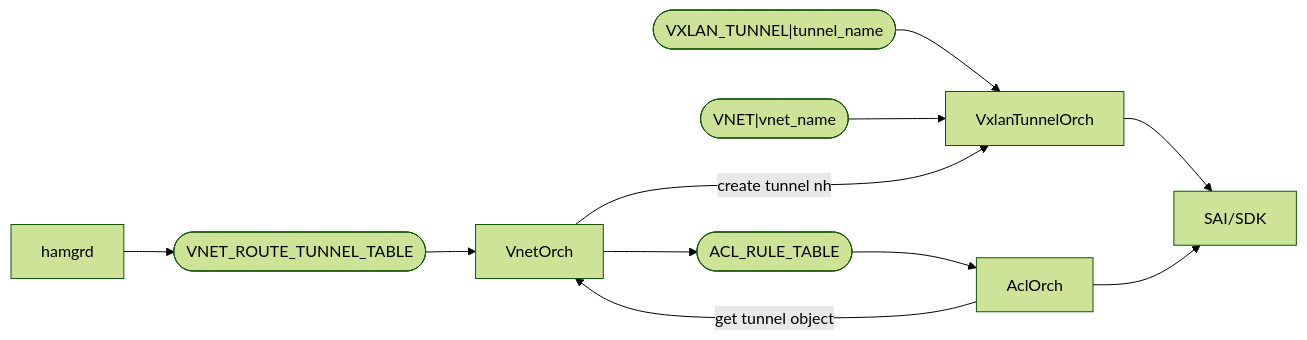
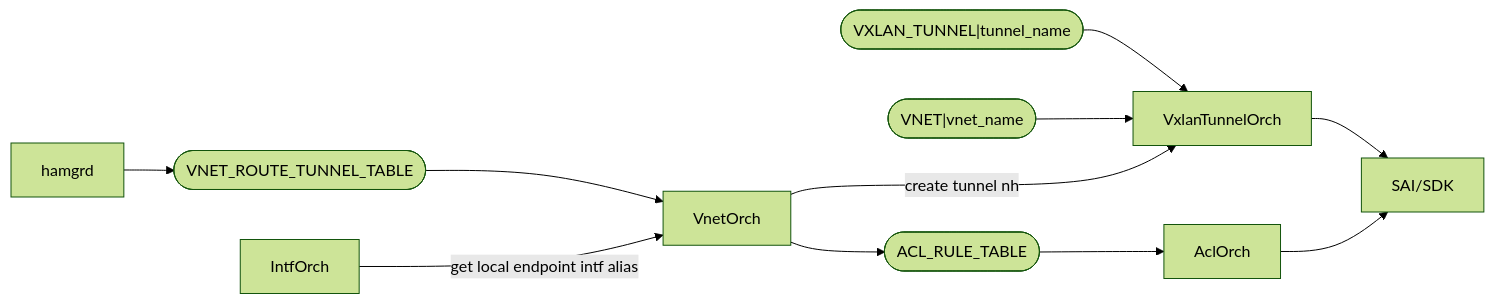
The diagram in doc/smart-switch/high-availability/local_dpu_forwarding.md (sonic-net/SONiC), drawn with Mermaid (forest theme) before and after one commit. The commit also changed other lines of this file, not shown here.

Commit message:
update acl

````diff
--- a/doc/smart-switch/high-availability/local_dpu_forwarding.md
+++ b/doc/smart-switch/high-availability/local_dpu_forwarding.md
@@ -39,18 +37,18 @@
 ```mermaid
 flowchart LR
     vnet_route_tunnel_table([VNET_ROUTE_TUNNEL_TABLE])
     acl_rule_table([ACL_RULE_TABLE])
     vxlan_tunnel_table(["VXLAN_TUNNEL|tunnel_name"])
     vnet_table(["VNET|vnet_name"])
 
     hamgrd --> vnet_route_tunnel_table
     vnet_route_tunnel_table --> VnetOrch
     vxlan_tunnel_table --> VxlanTunnelOrch
     vnet_table --> VxlanTunnelOrch
     VnetOrch --> |create tunnel nh| VxlanTunnelOrch --> SAI/SDK
     VnetOrch --> acl_rule_table
 
     acl_rule_table --> AclOrch
-    AclOrch --> |get tunnel object| VnetOrch
+    IntfOrch --> |get local endpoint intf alias| VnetOrch
     AclOrch --> SAI/SDK
 ```
````
